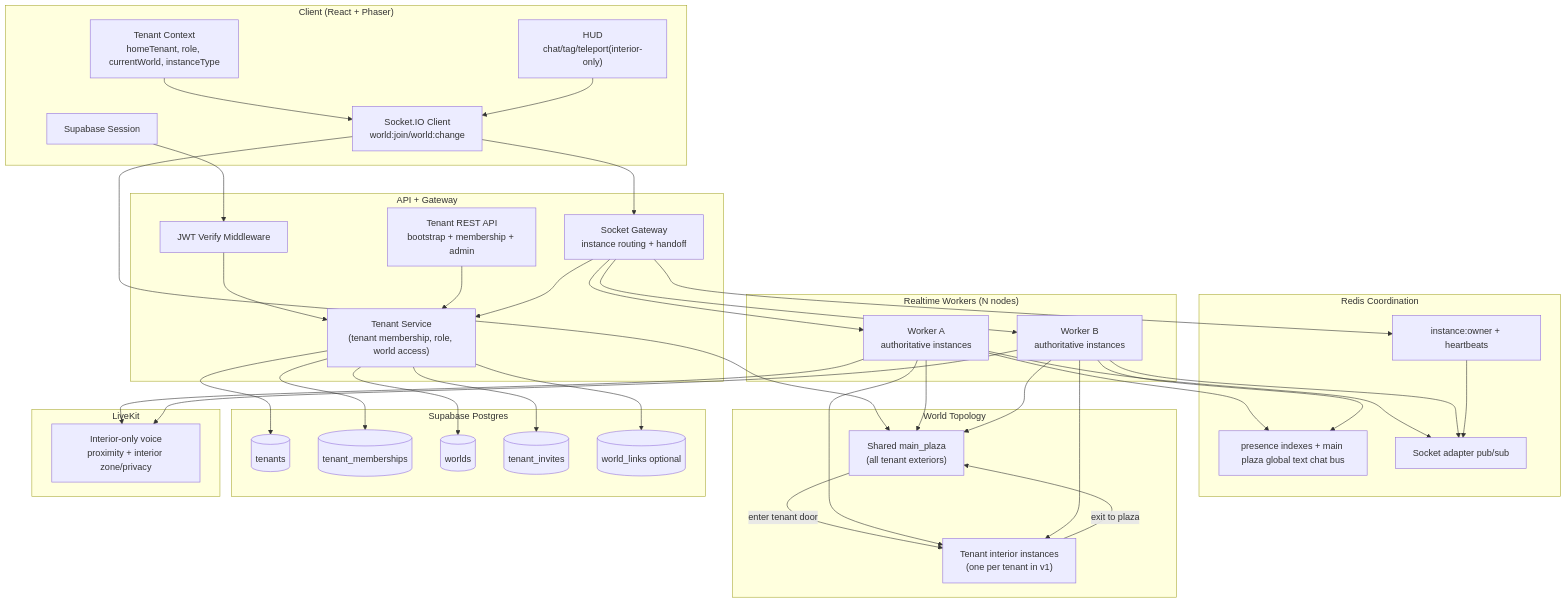
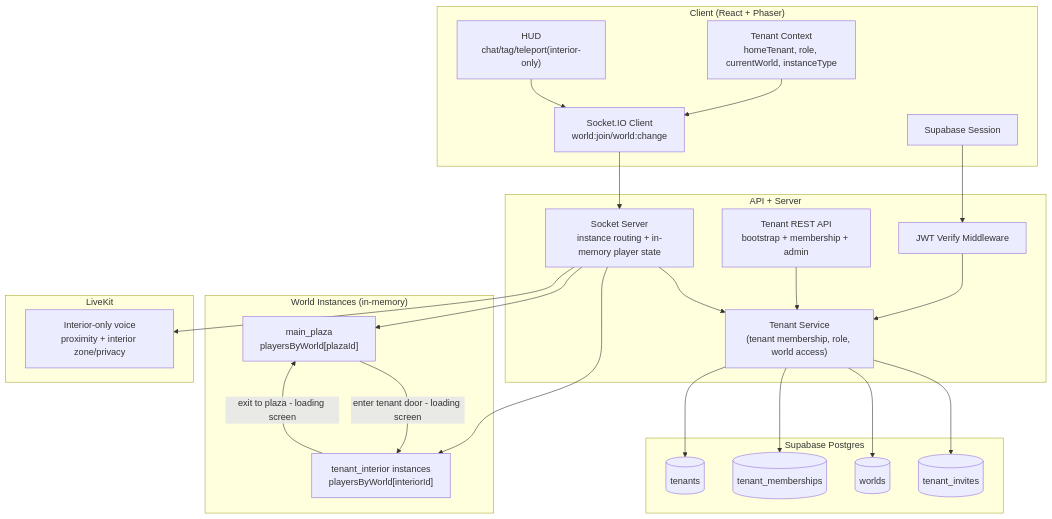
One commit to Catalystnick/Gather-poc changed the first of 8 diagrams in Specs/tenant-architecture-plan.md. Above: the diagram before and after it, drawn with Mermaid. The commit also changed other lines of this file and 5 other files, not shown here.

````diff
--- a/Specs/tenant-architecture-plan.md
+++ b/Specs/tenant-architecture-plan.md
@@ -50,78 +50,52 @@
 ```mermaid
 flowchart TB
   subgraph Client["Client (React + Phaser)"]
     Auth["Supabase Session"]
     TenantCtx["Tenant Context\nhomeTenant, role, currentWorld, instanceType"]
     SocketClient["Socket.IO Client\nworld:join/world:change"]
     HUD["HUD\nchat/tag/teleport(interior-only)"]
   end
 
-  subgraph Edge["API + Gateway"]
+  subgraph Edge["API + Server"]
     AuthMW["JWT Verify Middleware"]
     TenantSvc["Tenant Service\n(tenant membership, role, world access)"]
     TenantApi["Tenant REST API\nbootstrap + membership + admin"]
-    Gateway["Socket Gateway\ninstance routing + handoff"]
+    Server["Socket Server\ninstance routing + in-memory player state"]
   end
 
-  subgraph Realtime["Realtime Workers (N nodes)"]
-    WorkerA["Worker A\nauthoritative instances"]
-    WorkerB["Worker B\nauthoritative instances"]
-  end
-
-  subgraph Coord["Redis Coordination"]
-    OwnerDir["instance:owner + heartbeats"]
-    Presence["presence indexes + main plaza global text chat bus"]
-    PubSub["Socket adapter pub/sub"]
-  end
-
-  subgraph WorldTopo["World Topology"]
-    Plaza["Shared main_plaza\n(all tenant exteriors)"]
-    Interiors["Tenant interior instances\n(one per tenant in v1)"]
+  subgraph WorldTopo["World Instances (in-memory)"]
+    Plaza["main_plaza\nplayersByWorld[plazaId]"]
+    Interiors["tenant_interior instances\nplayersByWorld[interiorId]"]
   end
 
   subgraph Data["Supabase Postgres"]
     Org[(tenants)]
     Member[(tenant_memberships)]
     Worlds[(worlds)]
     Invite[(tenant_invites)]
-    Links[(world_links optional)]
   end
 
   subgraph Voice["LiveKit"]
     LK["Interior-only voice\nproximity + interior zone/privacy"]
   end
 
   Auth --> AuthMW
   AuthMW --> TenantSvc
   TenantCtx --> SocketClient
-  SocketClient --> Gateway
+  SocketClient --> Server
   HUD --> SocketClient
 
   TenantApi --> TenantSvc
-  Gateway --> TenantSvc
-  Gateway --> OwnerDir
-  Gateway --> WorkerA
-  Gateway --> WorkerB
-  SocketClient --> Plaza
-  Plaza -->|enter tenant door| Interiors
-  Interiors -->|exit to plaza| Plaza
+  Server --> TenantSvc
+  Server --> Plaza
+  Server --> Interiors
+  Plaza -->|enter tenant door - loading screen| Interiors
+  Interiors -->|exit to plaza - loading screen| Plaza
 
   TenantSvc --> Org
   TenantSvc --> Member
   TenantSvc --> Worlds
   TenantSvc --> Invite
-  TenantSvc --> Links
 
-  WorkerA --> Presence
-  WorkerB --> Presence
-  WorkerA --> PubSub
-  WorkerB --> PubSub
-  OwnerDir --> PubSub
-  WorkerA --> Plaza
-  WorkerB --> Plaza
-  WorkerA --> Interiors
-  WorkerB --> Interiors
-
-  WorkerA --> LK
-  WorkerB --> LK
+  Server --> LK
 ```
````
